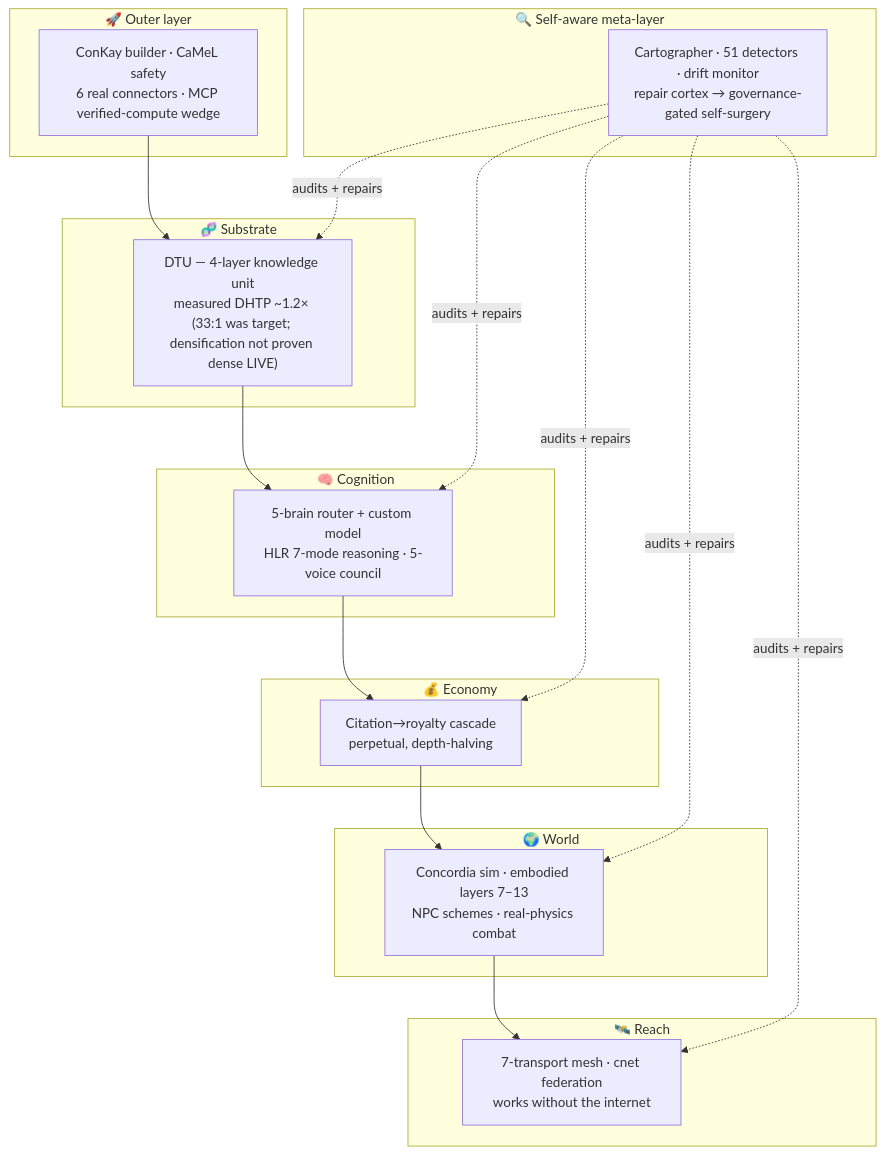
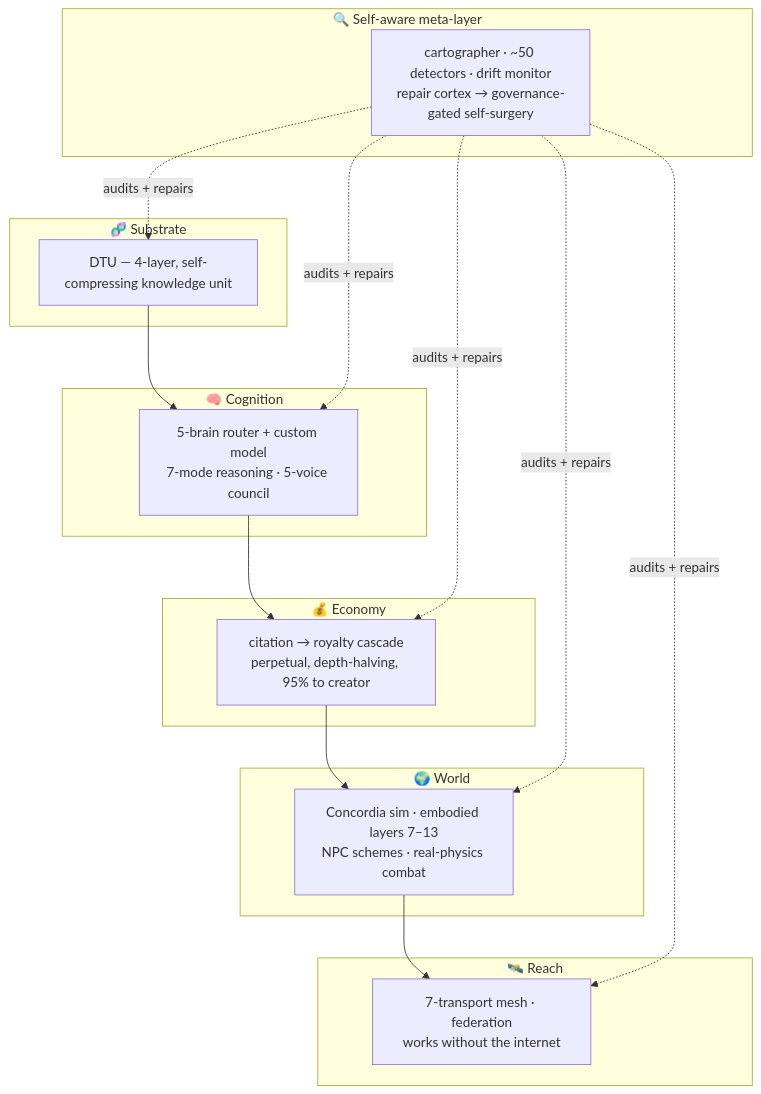
One commit to ryttps94jq-gif/concord-cognitive-engine changed the second of 2 diagrams in README.md. Above: the diagram before and after it, drawn with Mermaid. The commit also changed other lines of this file and 1 other file, not shown here.

````diff
--- a/README.md
+++ b/README.md
@@ -100,27 +164,23 @@
 ```mermaid
 flowchart TD
     subgraph R1["🧬 Substrate"]
-        DTU["DTU — 4-layer knowledge unit<br/>measured DHTP ~1.2× (33:1 was target; densification not proven dense LIVE)"]
+        DTU["DTU — 4-layer, self-compressing knowledge unit"]
     end
     subgraph R2["🧠 Cognition"]
-        BRAINS["5-brain router + custom model<br/>HLR 7-mode reasoning · 5-voice council"]
+        BRAINS["5-brain router + custom model<br/>7-mode reasoning · 5-voice council"]
     end
     subgraph R3["💰 Economy"]
-        ECON["Citation→royalty cascade<br/>perpetual, depth-halving"]
+        ECON["citation → royalty cascade<br/>perpetual, depth-halving, 95% to creator"]
     end
     subgraph R4["🌍 World"]
         WORLD["Concordia sim · embodied layers 7–13<br/>NPC schemes · real-physics combat"]
     end
     subgraph R5["🛰️ Reach"]
-        MESH["7-transport mesh · cnet federation<br/>works without the internet"]
+        MESH["7-transport mesh · federation<br/>works without the internet"]
     end
     subgraph R6["🔍 Self-aware meta-layer"]
-        META["Cartographer · 51 detectors · drift monitor<br/>repair cortex → governance-gated self-surgery"]
-    end
-    subgraph R7["🚀 Outer layer"]
-        OUTER["ConKay builder · CaMeL safety<br/>6 real connectors · MCP verified-compute wedge"]
+        META["cartographer · ~50 detectors · drift monitor<br/>repair cortex → governance-gated self-surgery"]
     end
     DTU --> BRAINS --> ECON --> WORLD --> MESH
     META -.audits + repairs.-> DTU & BRAINS & ECON & WORLD & MESH
-    OUTER --> DTU
 ```
````
